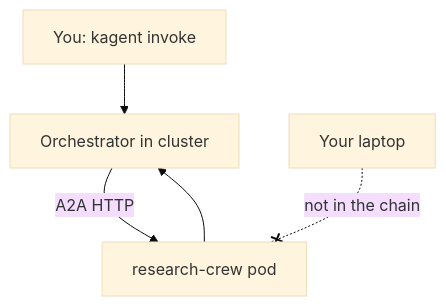
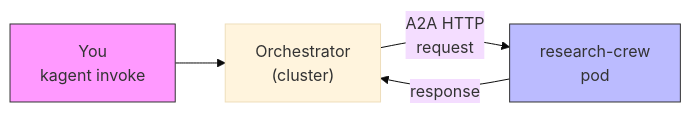
One commit to adnazujolakisic/kagent-mirrord changed the first of 2 diagrams in README.md. Above: the diagram before and after it, drawn with Mermaid (base theme). The commit also changed other lines of this file and 6 other files, not shown here.

````diff
--- a/README.md
+++ b/README.md
@@ -59,7 +59,8 @@
 ```mermaid
-graph TD
-    U[You: kagent invoke] --> O[Orchestrator in cluster]
-    O -->|A2A HTTP| RC[research-crew pod]
-    RC --> O
-    LP[Your laptop] -.-x|not in the chain| RC
+graph LR
+    U["You<br/>kagent invoke"] --> O["Orchestrator<br/>(cluster)"]
+    O -->|"A2A HTTP<br/>request"| RC["research-crew<br/>pod"]
+    RC -->|response| O
+    style U fill:#f9f,stroke:#333
+    style RC fill:#bbf,stroke:#333
 ```
````
